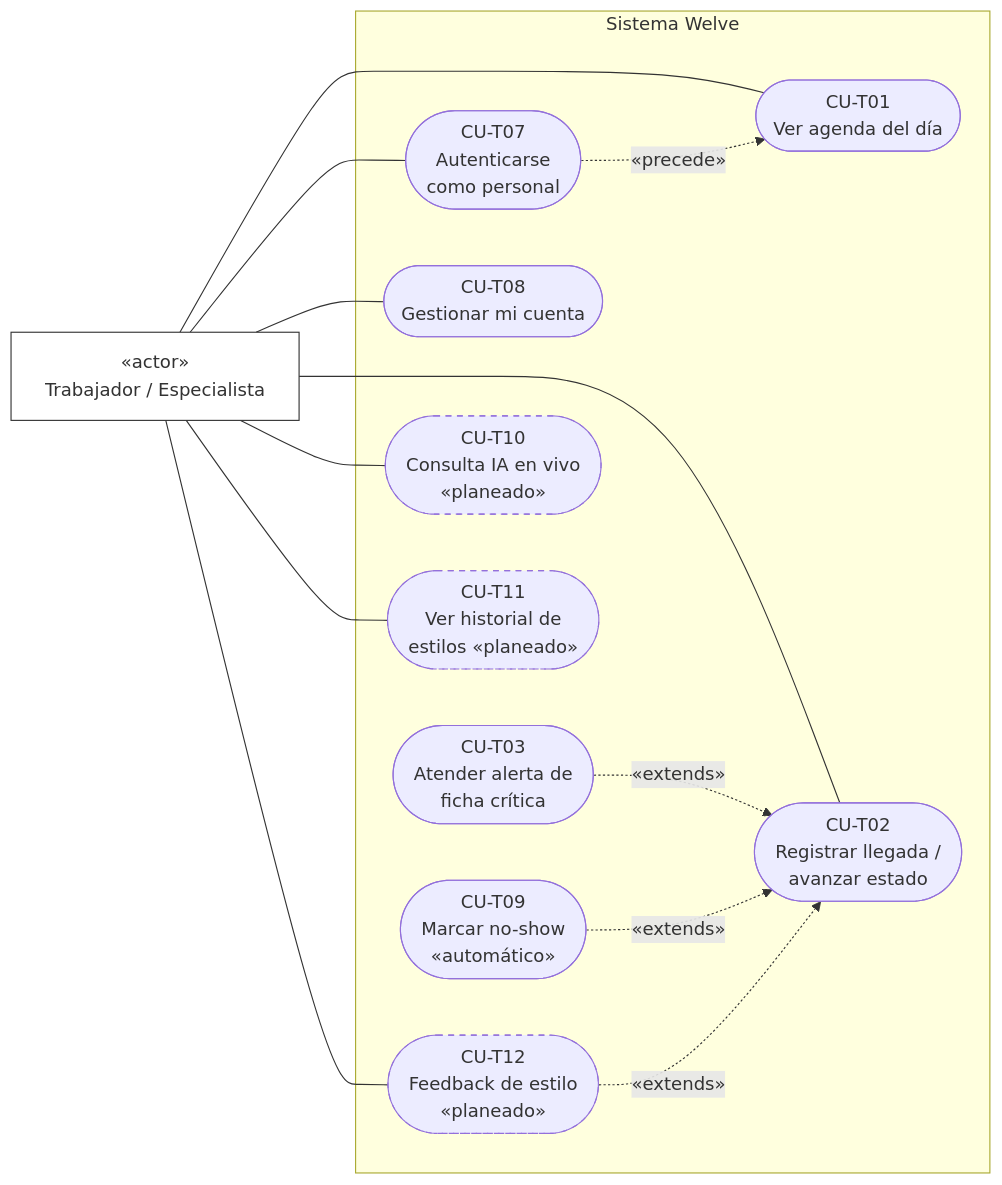
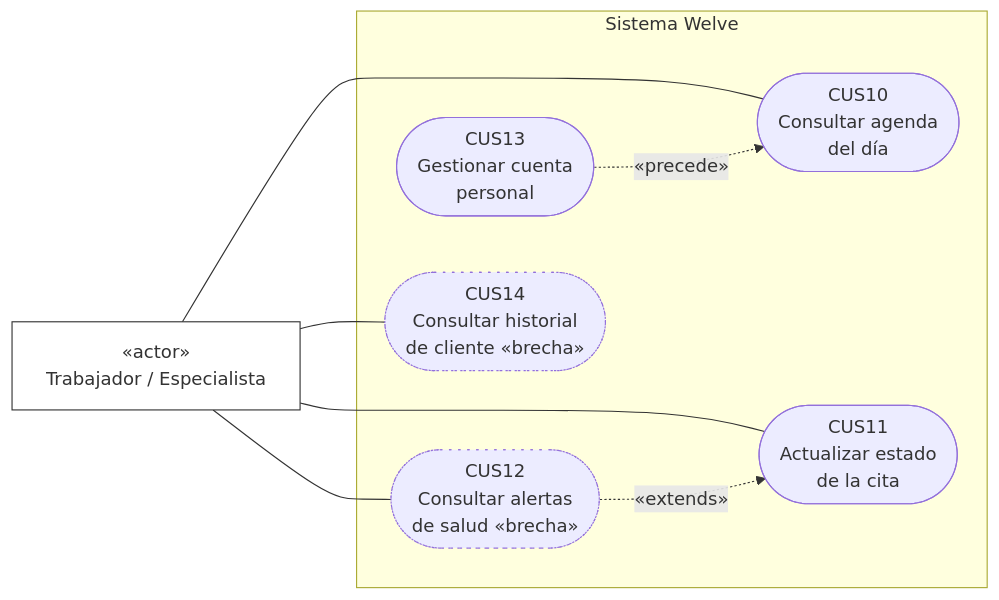
Before and after one commit to Alezzandromv/welve: the second of 4 diagrams in docs/tesis/02_CASOS_DE_USO_UML.md, drawn with Mermaid. The commit also changed other lines of this file and 12 other files, not shown here.

````diff
--- a/docs/tesis/02_CASOS_DE_USO_UML.md
+++ b/docs/tesis/02_CASOS_DE_USO_UML.md
@@ -87,34 +71,25 @@
 ```mermaid
 flowchart LR
     Trabajador["«actor»<br/>Trabajador / Especialista"]
 
     subgraph SistemaT["Sistema Welve"]
-        CUT01(["CU-T01<br/>Ver agenda del día"])
-        CUT02(["CU-T02<br/>Registrar llegada /<br/>avanzar estado"])
-        CUT03(["CU-T03<br/>Atender alerta de<br/>ficha crítica"])
-        CUT07(["CU-T07<br/>Autenticarse<br/>como personal"])
-        CUT08(["CU-T08<br/>Gestionar mi cuenta"])
-        CUT09(["CU-T09<br/>Marcar no-show<br/>«automático»"])
-        CUT10(["CU-T10<br/>Consulta IA en vivo<br/>«planeado»"])
-        CUT11(["CU-T11<br/>Ver historial de<br/>estilos «planeado»"])
-        CUT12(["CU-T12<br/>Feedback de estilo<br/>«planeado»"])
+        CUS10(["CUS10<br/>Consultar agenda<br/>del día"])
+        CUS11(["CUS11<br/>Actualizar estado<br/>de la cita"])
+        CUS12(["CUS12<br/>Consultar alertas<br/>de salud «brecha»"])
+        CUS13(["CUS13<br/>Gestionar cuenta<br/>personal"])
+        CUS14(["CUS14<br/>Consultar historial<br/>de cliente «brecha»"])
     end
 
-    Trabajador --- CUT01
-    Trabajador --- CUT02
-    Trabajador --- CUT07
-    Trabajador --- CUT08
-    Trabajador --- CUT10
-    Trabajador --- CUT11
-    Trabajador --- CUT12
+    Trabajador --- CUS10
+    Trabajador --- CUS11
+    Trabajador --- CUS12
+    Trabajador --- CUS14
 
-    CUT03 -. "«extends»" .-> CUT02
-    CUT09 -. "«extends»" .-> CUT02
-    CUT12 -. "«extends»" .-> CUT02
-    CUT07 -. "«precede»" .-> CUT01
+    CUS13 -. "«precede»" .-> CUS10
+    CUS12 -. "«extends»" .-> CUS11
 
     classDef actor fill:#fff,stroke:#333,stroke-width:1px
-    classDef planeado stroke-dasharray: 5 5
+    classDef brecha stroke-dasharray: 2 6
     class Trabajador actor
-    class CUT10,CUT11,CUT12 planeado
+    class CUS12,CUS14 brecha
 ```
````
